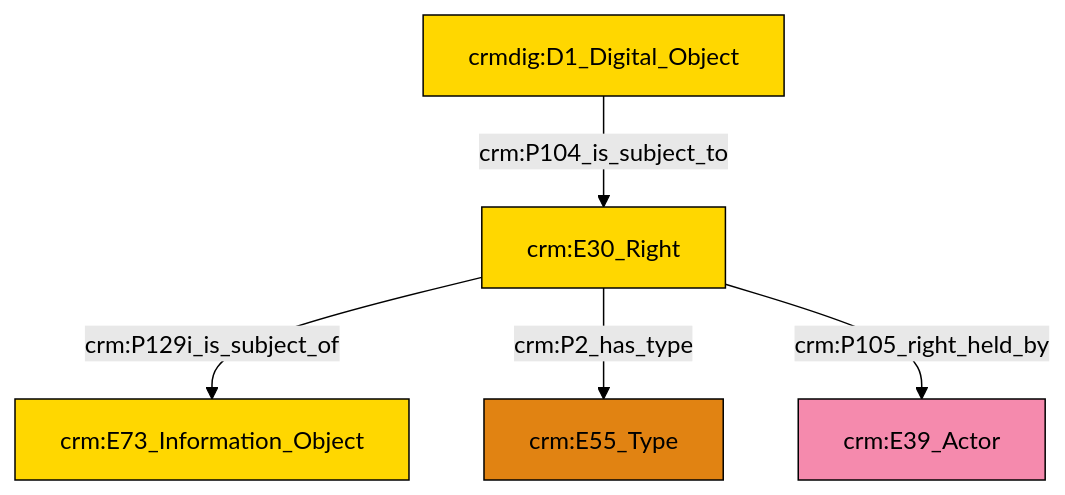
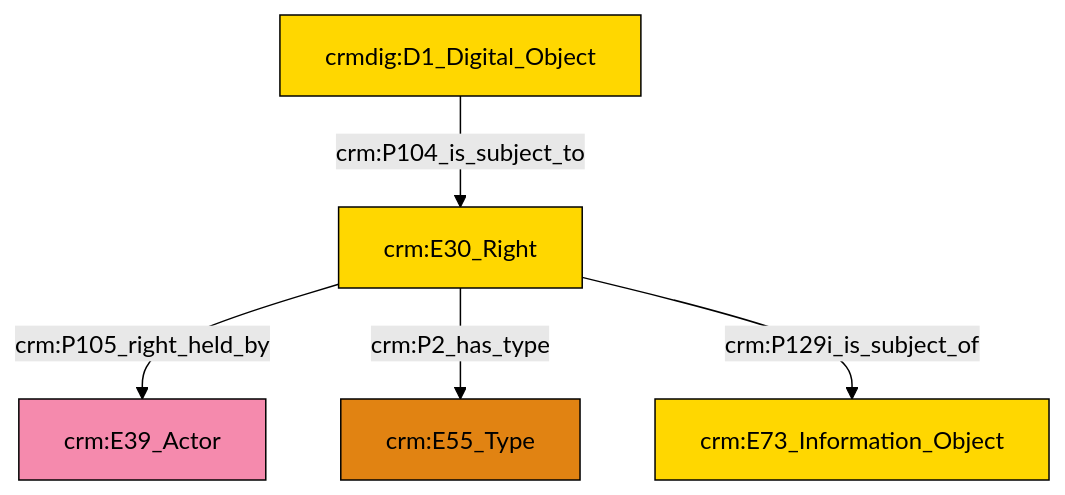
One commit to swiss-art-research-net/reference-data-models changed the diagram in et/doCSV/ttl/mmd/do_rights.ttl.mmd. Above: the diagram before and after it, drawn with Mermaid (forest theme). The commit also changed 126 other files, not shown here.

```diff
--- a/et/doCSV/ttl/mmd/do_rights.ttl.mmd
+++ b/et/doCSV/ttl/mmd/do_rights.ttl.mmd
@@ -1,19 +1,19 @@
 graph TD
 classDef Literal fill:#f2f2f2,stroke:#000000;
 classDef CRM_Entity fill:#FFFFFF,stroke:#000000;
 classDef Temporal_Entity fill:#00C9E6, stroke:#000000;
 classDef Type fill:#E18312, stroke:#000000;
 classDef Time-Span fill:#2C9C91, stroke:#000000;
 classDef Appellation fill:#FFEB7F, stroke:#000000;
 classDef Place fill:#008836, stroke:#000000;
 classDef Persistent_Item fill:#B266B2, stroke:#000000;
 classDef Conceptual_Object fill:#FFD700, stroke:#000000;
 classDef Physical_Thing fill:#D2B48C, stroke:#000000;
 classDef Actor fill:#f58aad, stroke:#000000;
 classDef PC_Classes fill:#4ce600, stroke:#000000;
 classDef Multi fill:#cccccc,stroke:#000000;
 
-0["crmdig:D1_Digital_Object"]:::Conceptual_Object -->|crm:P104_is_subject_to| 1["crm:E30_Right"]:::Conceptual_Object
-1["crm:E30_Right"]:::Conceptual_Object -->|crm:P129i_is_subject_of| 4["crm:E73_Information_Object"]:::Conceptual_Object
-1["crm:E30_Right"]:::Conceptual_Object -->|crm:P2_has_type| 5["crm:E55_Type"]:::Type
-1["crm:E30_Right"]:::Conceptual_Object -->|crm:P105_right_held_by| 7["crm:E39_Actor"]:::Actor
+0["crm:E30_Right"]:::Conceptual_Object -->|crm:P105_right_held_by| 1["crm:E39_Actor"]:::Actor
+6["crmdig:D1_Digital_Object"]:::Conceptual_Object -->|crm:P104_is_subject_to| 0["crm:E30_Right"]:::Conceptual_Object
+0["crm:E30_Right"]:::Conceptual_Object -->|crm:P2_has_type| 4["crm:E55_Type"]:::Type
+0["crm:E30_Right"]:::Conceptual_Object -->|crm:P129i_is_subject_of| 2["crm:E73_Information_Object"]:::Conceptual_Object
```
